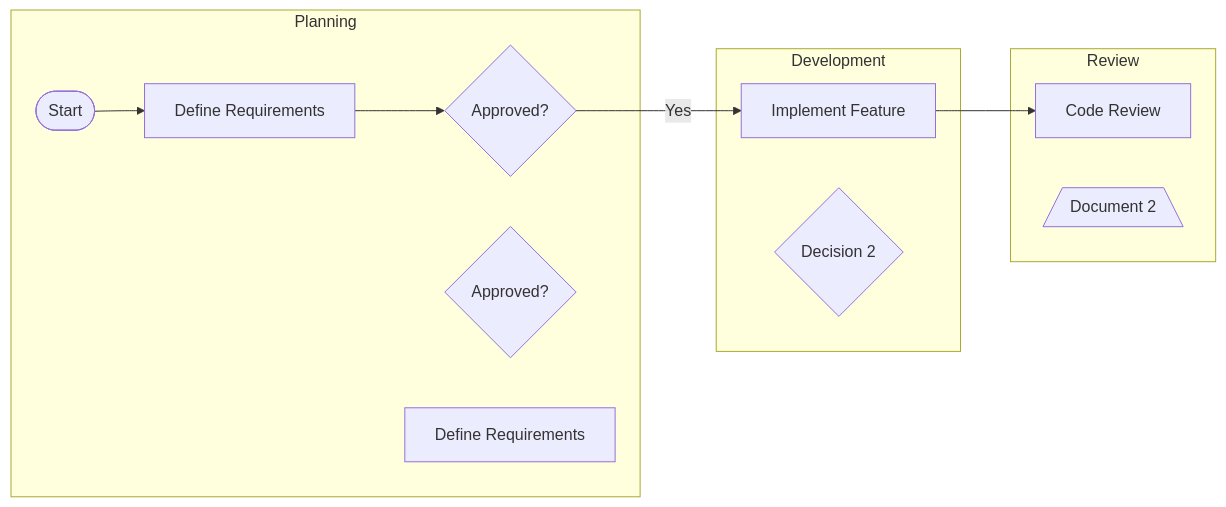
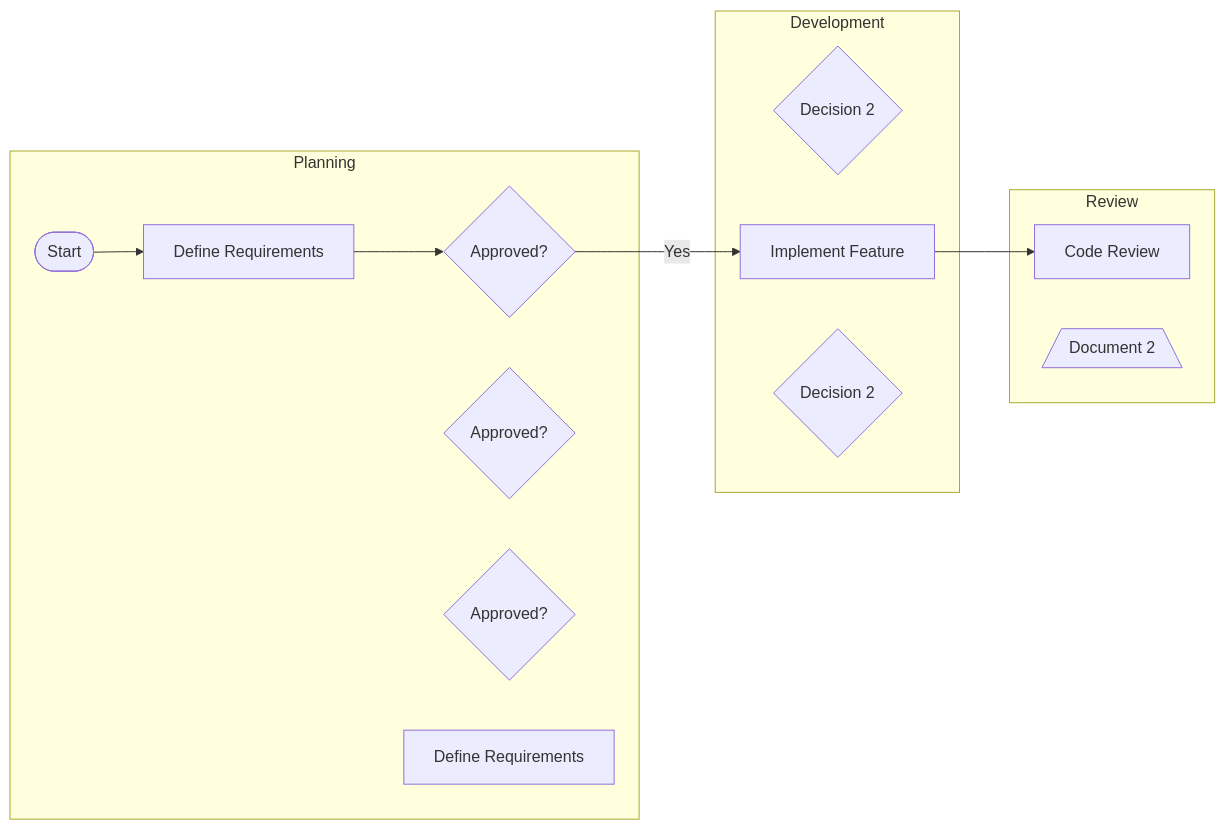
The diagram in mmd/12_c34ecea0-ec0a-4533-a132-f3f4c3238980.mmd (pingpm/mermaid_vault), drawn with Mermaid before and after one commit. The commit also changed 3 other files, not shown here.

Commit message:
Sync Mermaid Studio data (27 diagrams)

```diff
--- a/mmd/12_c34ecea0-ec0a-4533-a132-f3f4c3238980.mmd
+++ b/mmd/12_c34ecea0-ec0a-4533-a132-f3f4c3238980.mmd
@@ -1,20 +1,22 @@
 flowchart LR
   subgraph lane_0["Planning"]
     t_0{"Approved?"}
-    t_1(["Start"])
-    t_2["Define Requirements"]
-    t_3{"Approved?"}
-    t_4["Define Requirements"]
+    t_1{"Approved?"}
+    t_2(["Start"])
+    t_3["Define Requirements"]
+    t_4{"Approved?"}
+    t_5["Define Requirements"]
   end
   subgraph lane_1["Development"]
-    t_5["Implement Feature"]
     t_6{"Decision 2"}
+    t_7["Implement Feature"]
+    t_8{"Decision 2"}
   end
   subgraph lane_2["Review"]
-    t_7["Code Review"]
-    t_8[/"Document 2"\]
+    t_9["Code Review"]
+    t_10[/"Document 2"\]
   end
-  t_1 --> t_2
-  t_2 --> t_0
-  t_0 -->|"Yes"| t_5
-  t_5 --> t_7
+  t_2 --> t_3
+  t_3 --> t_0
+  t_0 -->|"Yes"| t_7
+  t_7 --> t_9
```
